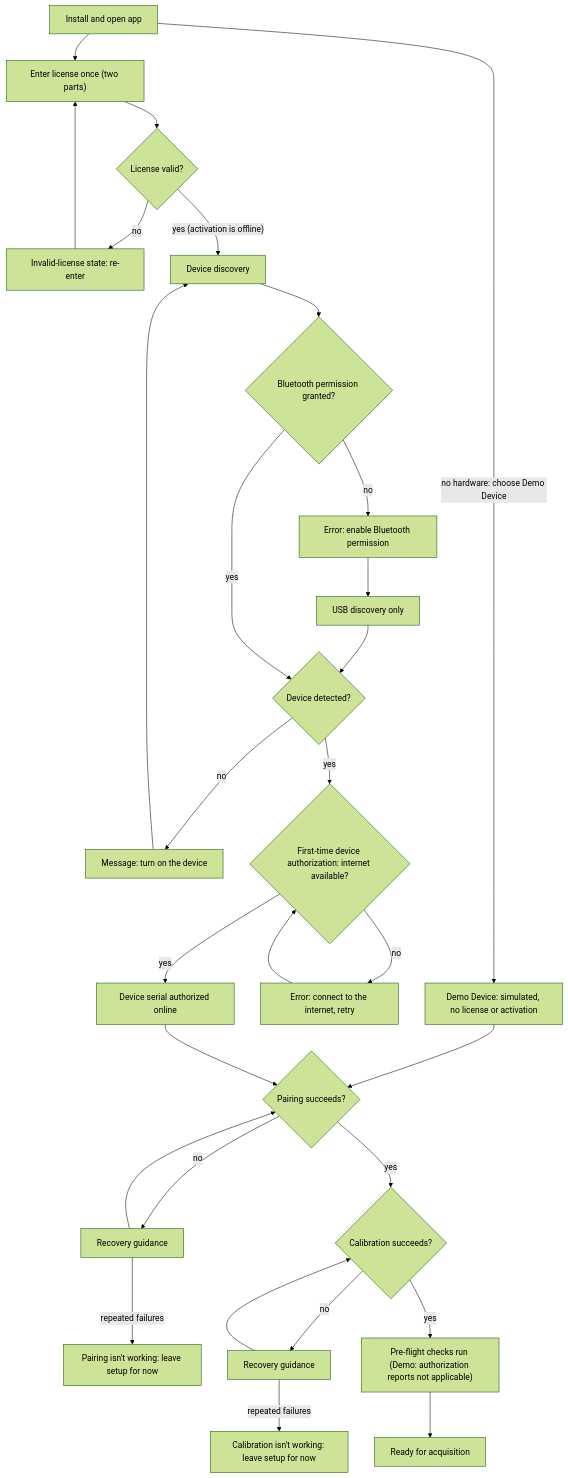
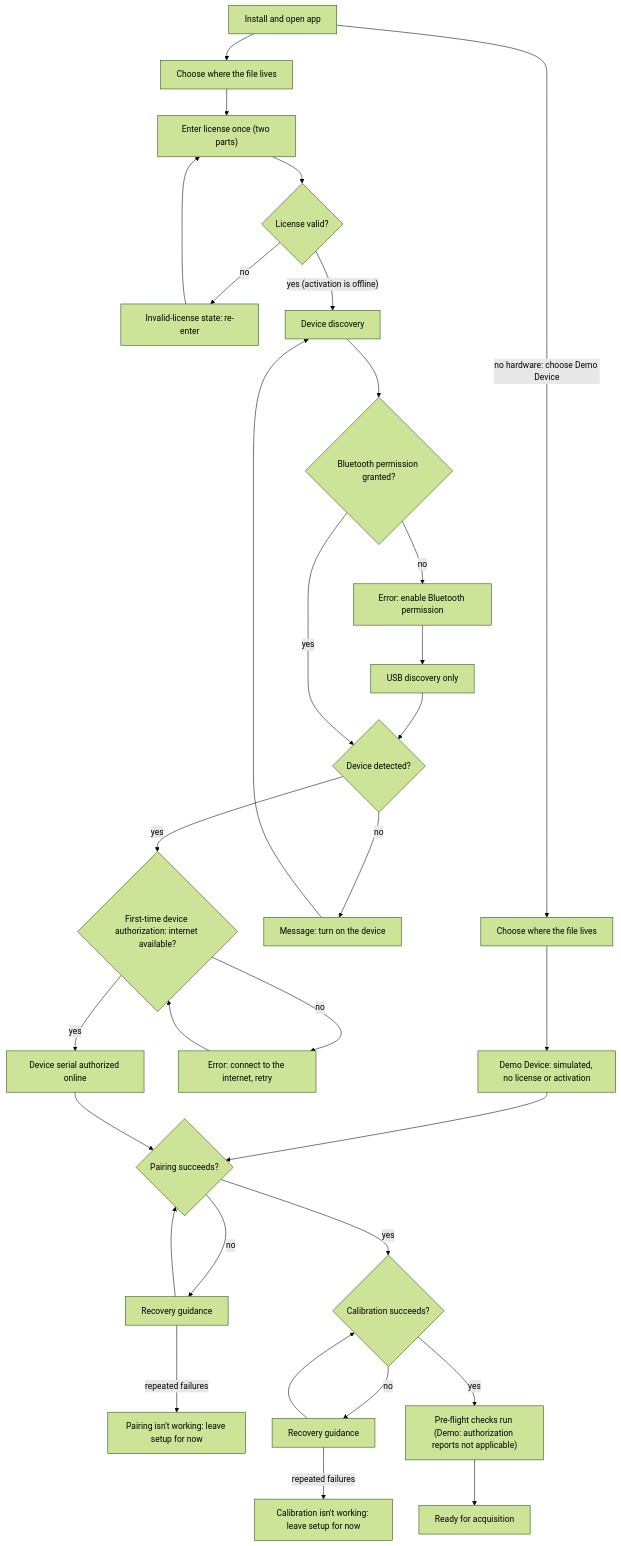
Before and after one commit to vinnyp/spectro-capture: the second of 5 diagrams in docs/product/device-management/prd-device-management-journeys.md, drawn with Mermaid (forest theme). The commit also changed other lines of this file and 2 other files, not shown here.

First line of the commit message:
amend the locked Device Management PRD post-lock: the hardware spike's scope gains the four Data Foundation and Data Export questions; R6.5, R6.20, M2, the obligations table and UJ1/UJ1.2 take their recorded amendments

````diff
--- a/docs/product/device-management/prd-device-management-journeys.md
+++ b/docs/product/device-management/prd-device-management-journeys.md
@@ -108,29 +110,31 @@
 ```mermaid
 flowchart TD
-    A[Install and open app] --> E["Enter license once (two parts)"]
-    A -- "no hardware: choose Demo Device" --> K["Demo Device: simulated, no license or activation"]
+    A[Install and open app] --> L1["Choose where the file lives"]
+    L1 --> E["Enter license once (two parts)"]
+    A -- "no hardware: choose Demo Device" --> L2["Choose where the file lives"]
+    L2 --> K["Demo Device: simulated, no license or activation"]
     K --> H
     E --> E1{License valid?}
     E1 -- no --> E2["Invalid-license state: re-enter"]
     E2 --> E
     E1 -- "yes (activation is offline)" --> B[Device discovery]
     B --> C{Bluetooth permission granted?}
     C -- no --> C1["Error: enable Bluetooth permission"]
     C1 --> C2[USB discovery only]
     C2 --> D
     C -- yes --> D{Device detected?}
     D -- no --> D1["Message: turn on the device"]
     D1 --> B
     D -- yes --> F{First-time device authorization: internet available?}
     F -- no --> F1["Error: connect to the internet, retry"]
     F1 --> F
     F -- yes --> G[Device serial authorized online]
     G --> H{Pairing succeeds?}
     H -- no --> H1[Recovery guidance] --> H
     H1 -- repeated failures --> H2["Pairing isn't working: leave setup for now"]
     H -- yes --> I{Calibration succeeds?}
     I -- no --> I1[Recovery guidance] --> I
     I1 -- repeated failures --> I2["Calibration isn't working: leave setup for now"]
     I -- yes --> P["Pre-flight checks run (Demo: authorization reports not applicable)"]
     P --> J[Ready for acquisition]
 ```
````
